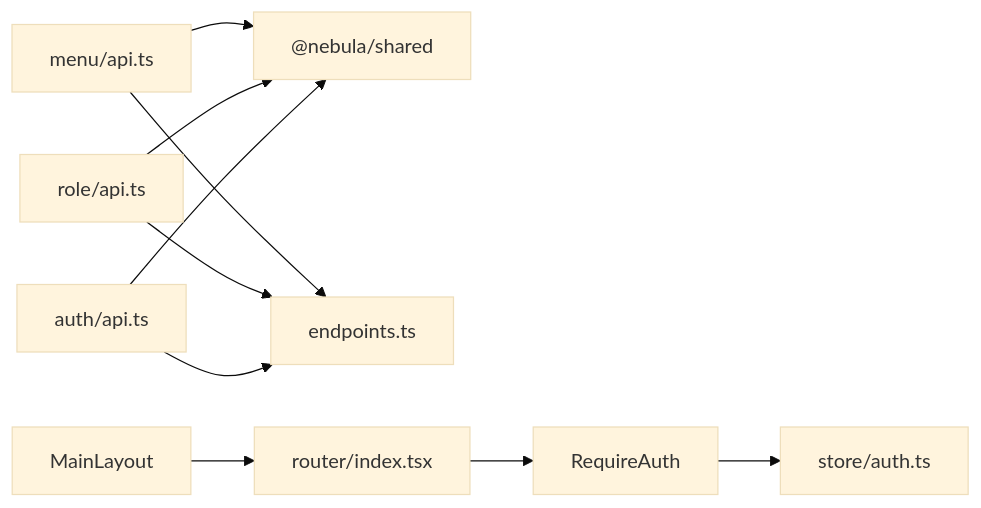
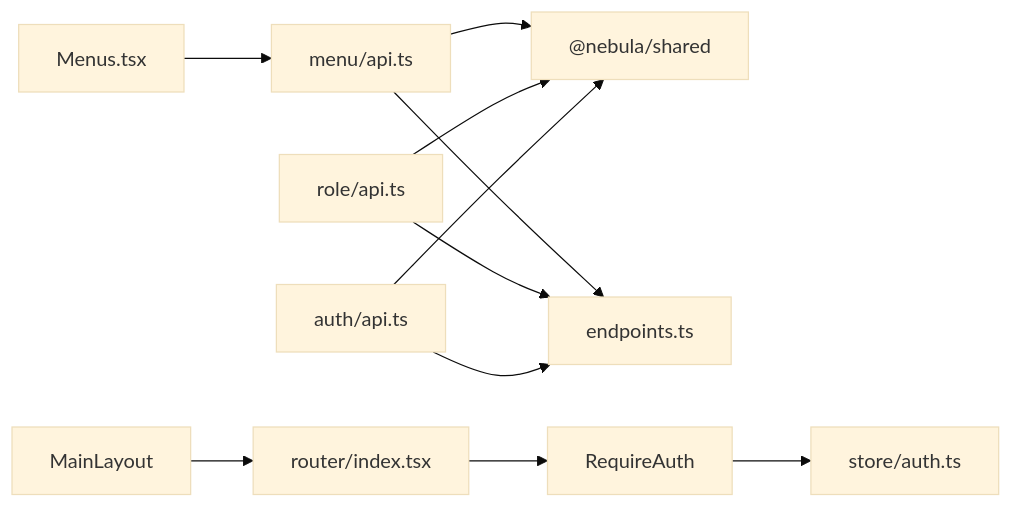
Before and after one commit to translateServers/nodes-stack: the seventh of 7 diagrams in .qoder/repowiki/zh/content/前端系统/API 集成/模块化 API 设计/菜单权限模块 API.md, drawn with Mermaid (base theme). The commit also changed other lines of this file and 8 other files, not shown here.

````diff
--- a/.qoder/repowiki/zh/content/前端系统/API 集成/模块化 API 设计/菜单权限模块 API.md
+++ b/.qoder/repowiki/zh/content/前端系统/API 集成/模块化 API 设计/菜单权限模块 API.md
@@ -305,12 +334,13 @@
 ```mermaid
 graph LR
 MAPI["menu/api.ts"] --> SH["@nebula/shared"]
 RAPI["role/api.ts"] --> SH
 AUTH["auth/api.ts"] --> SH
+MENUPAGE["Menus.tsx"] --> MAPI
 MAPI --> EP["endpoints.ts"]
 RAPI --> EP
 AUTH --> EP
 RA["RequireAuth"] --> ST["store/auth.ts"]
 R["router/index.tsx"] --> RA
 L["MainLayout"] --> R
 ```
````
